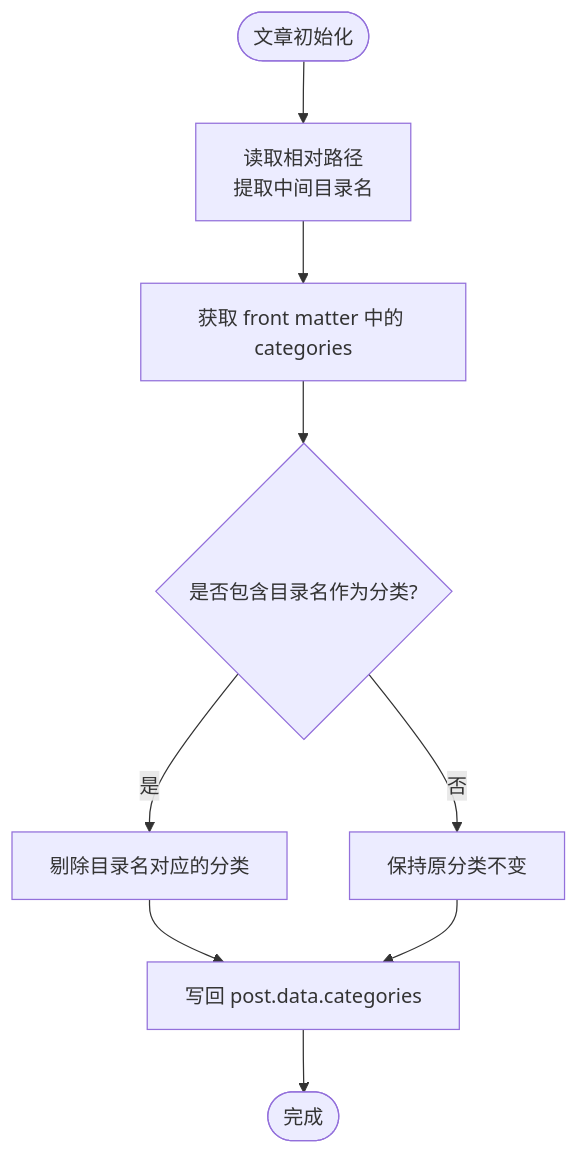
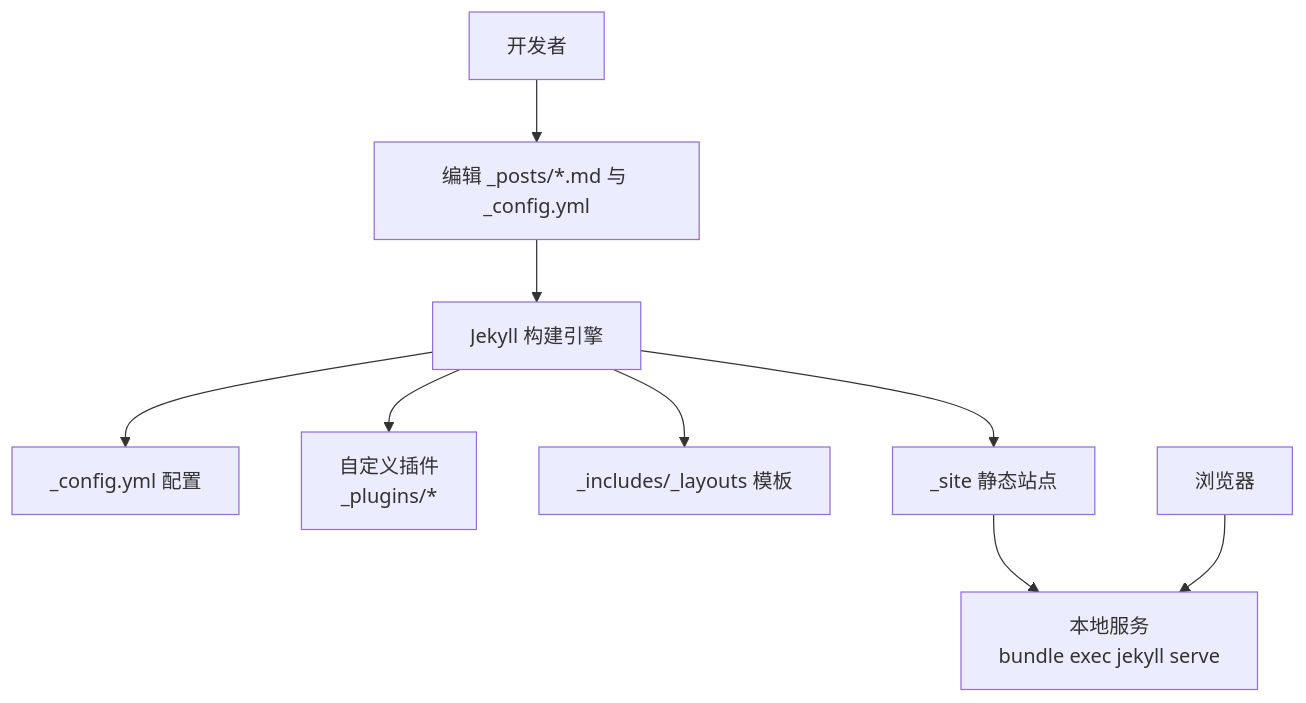
Before and after one commit to LZC6244/lzc6244.github.io: the second of 3 diagrams in .qoder/repowiki/zh/content/快速开始.md, drawn with Mermaid. The commit also changed other lines of this file and 104 other files, not shown here.

````diff
--- a/.qoder/repowiki/zh/content/快速开始.md
+++ b/.qoder/repowiki/zh/content/快速开始.md
@@ -128,11 +67,11 @@
 ```mermaid
-flowchart TD
-Start(["文章初始化"]) --> ReadPath["读取相对路径<br/>提取中间目录名"]
-ReadPath --> ExtractCats["获取 front matter 中的 categories"]
-ExtractCats --> Filter{"是否包含目录名作为分类?"}
-Filter --> |是| RemoveCat["剔除目录名对应的分类"]
-Filter --> |否| KeepCats["保持原分类不变"]
-RemoveCat --> Save["写回 post.data.categories"]
-KeepCats --> Save
-Save --> End(["完成"])
+graph TB
+Dev["开发者"] --> Edit["编辑 _posts/*.md 与 _config.yml"]
+Edit --> Jekyll["Jekyll 构建引擎"]
+Jekyll --> Config["_config.yml 配置"]
+Jekyll --> Plugins["自定义插件<br/>_plugins/*"]
+Jekyll --> Templates["_includes/_layouts 模板"]
+Jekyll --> Output["_site 静态站点"]
+Output --> Serve["本地服务<br/>bundle exec jekyll serve"]
+Browser["浏览器"] --> Serve
 ```
````
